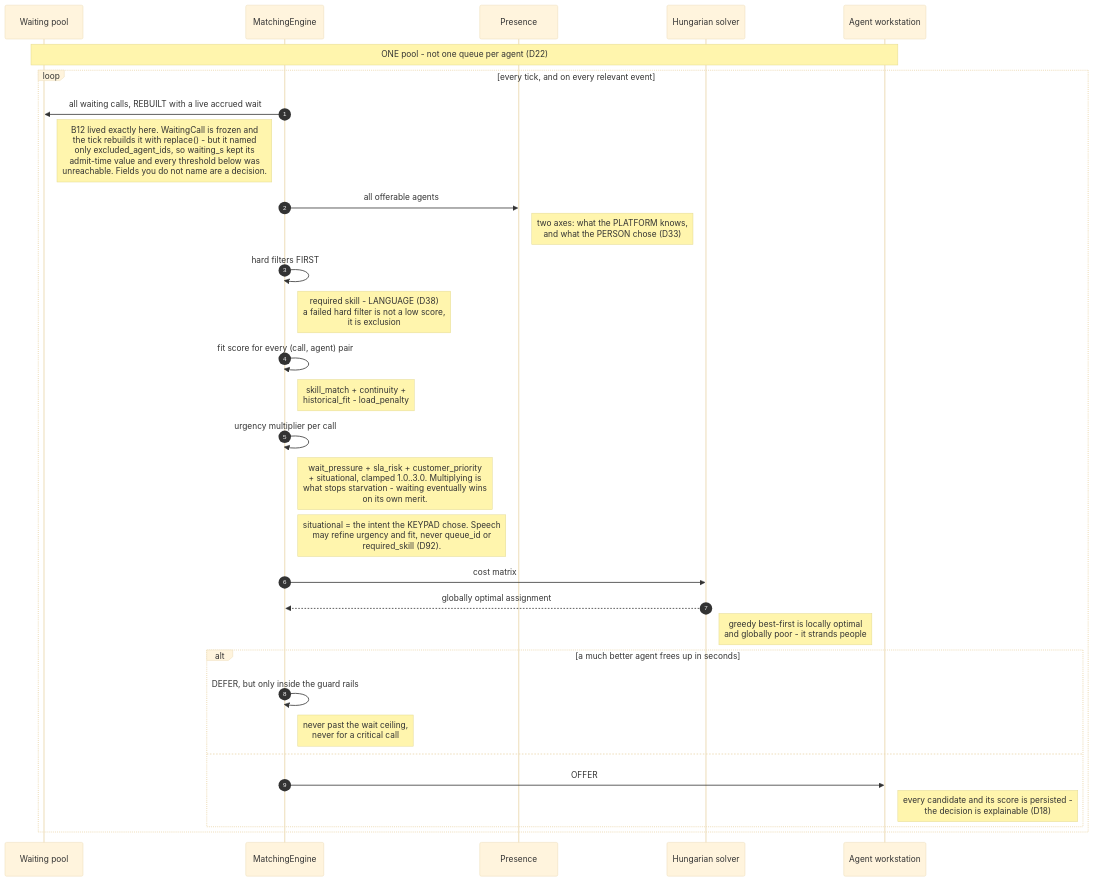
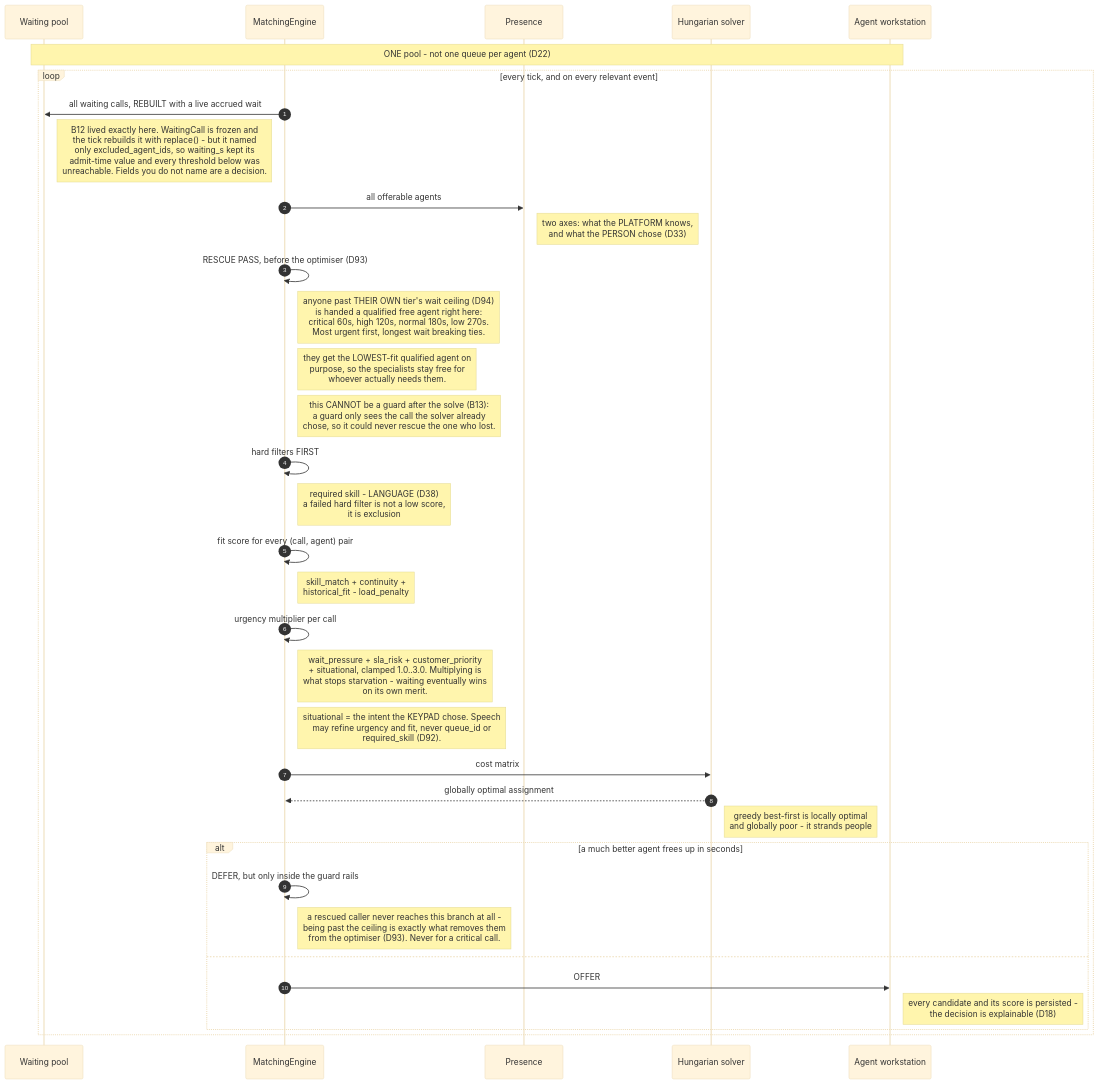
One commit to anakom-suvonvorn/Krungsri-ReadyCall changed the diagram in docs/diagrams/src/flow_matching.mmd. Above: the diagram before and after it, drawn with Mermaid (base theme). The commit also changed 28 other files, not shown here.

```diff
--- a/docs/diagrams/src/flow_matching.mmd
+++ b/docs/diagrams/src/flow_matching.mmd
@@ -1,39 +1,44 @@
-%% HANDWRITTEN. Checked against ARCHITECTURE.md S8 + D22 + D23 + D38 + D92 + B12
+%% HANDWRITTEN. Checked against ARCHITECTURE.md S8 + D22 + D23 + D38 + D92 + D93 + D94 + B12 + B13
 sequenceDiagram
     autonumber
     participant Q as Waiting pool
     participant M as MatchingEngine
     participant PR as Presence
     participant SOLV as Hungarian solver
     participant WS as Agent workstation
 
     Note over Q,WS: ONE pool - not one queue per agent (D22)
 
     loop every tick, and on every relevant event
         M->>Q: all waiting calls, REBUILT with a live accrued wait
         Note right of Q: B12 lived exactly here. WaitingCall is frozen and<br/>the tick rebuilds it with replace() - but it named<br/>only excluded_agent_ids, so waiting_s kept its<br/>admit-time value and every threshold below was<br/>unreachable. Fields you do not name are a decision.
         M->>PR: all offerable agents
         Note right of PR: two axes: what the PLATFORM knows,<br/>and what the PERSON chose (D33)
+
+        M->>M: RESCUE PASS, before the optimiser (D93)
+        Note right of M: anyone past THEIR OWN tier's wait ceiling (D94)<br/>is handed a qualified free agent right here:<br/>critical 60s, high 120s, normal 180s, low 270s.<br/>Most urgent first, longest wait breaking ties.
+        Note right of M: they get the LOWEST-fit qualified agent on<br/>purpose, so the specialists stay free for<br/>whoever actually needs them.
+        Note right of M: this CANNOT be a guard after the solve (B13):<br/>a guard only sees the call the solver already<br/>chose, so it could never rescue the one who lost.
 
         M->>M: hard filters FIRST
         Note right of M: required skill - LANGUAGE (D38)<br/>a failed hard filter is not a low score,<br/>it is exclusion
 
         M->>M: fit score for every (call, agent) pair
         Note right of M: skill_match + continuity +<br/>historical_fit - load_penalty
 
         M->>M: urgency multiplier per call
         Note right of M: wait_pressure + sla_risk + customer_priority<br/>+ situational, clamped 1.0..3.0. Multiplying is<br/>what stops starvation - waiting eventually wins<br/>on its own merit.
         Note right of M: situational = the intent the KEYPAD chose. Speech<br/>may refine urgency and fit, never queue_id or<br/>required_skill (D92).
 
         M->>SOLV: cost matrix
         SOLV-->>M: globally optimal assignment
         Note right of SOLV: greedy best-first is locally optimal<br/>and globally poor - it strands people
 
         alt a much better agent frees up in seconds
             M->>M: DEFER, but only inside the guard rails
-            Note right of M: never past the wait ceiling,<br/>never for a critical call
+            Note right of M: a rescued caller never reaches this branch at all -<br/>being past the ceiling is exactly what removes them<br/>from the optimiser (D93). Never for a critical call.
         else
             M->>WS: OFFER
             Note right of WS: every candidate and its score is persisted -<br/>the decision is explainable (D18)
         end
     end
```
